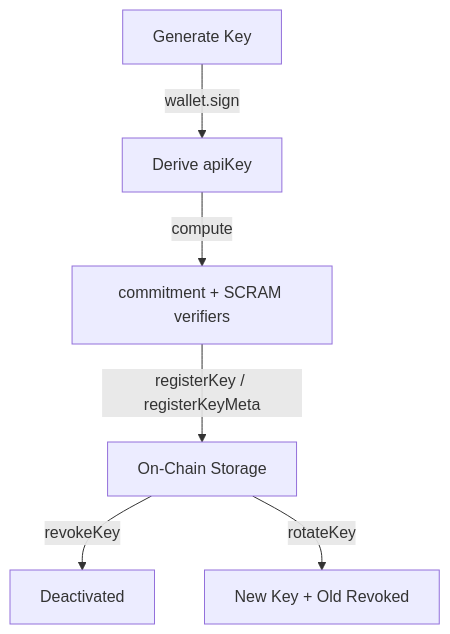
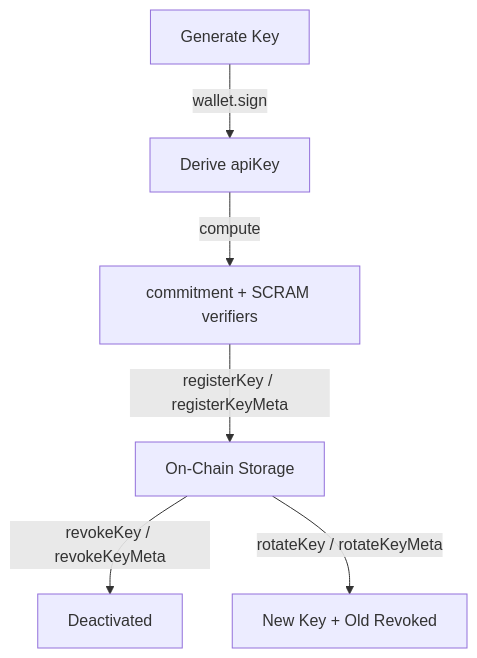
Before and after one commit to PlugPort-Protocol/plugport: the second of 2 diagrams in docs/docs/advanced/authentication.md, drawn with Mermaid. The commit also changed other lines of this file and 15 other files, not shown here.

````diff
--- a/docs/docs/advanced/authentication.md
+++ b/docs/docs/advanced/authentication.md
@@ -76,8 +76,8 @@
 ```mermaid
 graph TD
     A[Generate Key] -->|wallet.sign| B[Derive apiKey]
     B -->|compute| C[commitment + SCRAM verifiers]
     C -->|registerKey / registerKeyMeta| D[On-Chain Storage]
-    D -->|revokeKey| E[Deactivated]
-    D -->|rotateKey| F[New Key + Old Revoked]
+    D -->|revokeKey / revokeKeyMeta| E[Deactivated]
+    D -->|rotateKey / rotateKeyMeta| F[New Key + Old Revoked]
 ```
````
